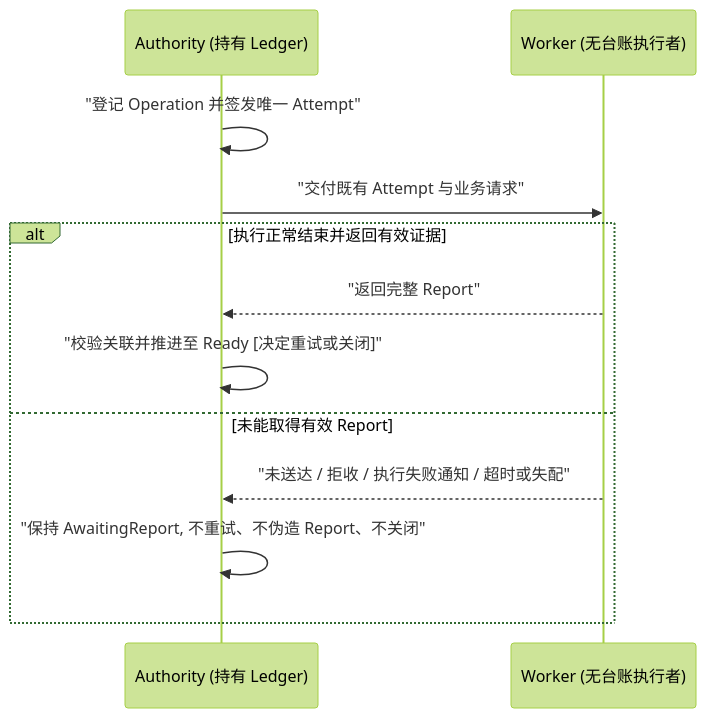
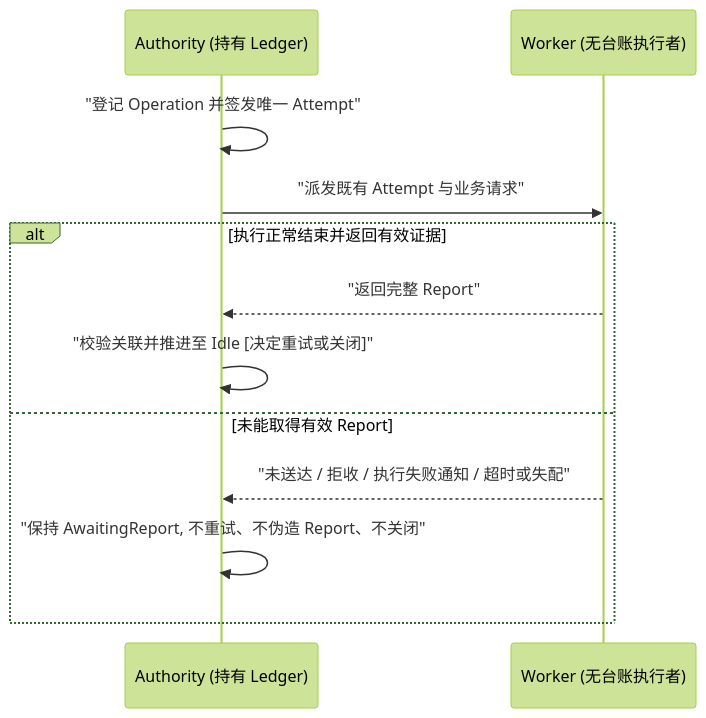
The first of 2 diagrams in spec/03-roles.md (Everfold/Beamlet), drawn with Mermaid (forest theme) before and after one commit. The commit also changed other lines of this file and 19 other files, not shown here.

````diff
--- a/spec/03-roles.md
+++ b/spec/03-roles.md
@@ -8,15 +8,15 @@
 ```mermaid
 sequenceDiagram
     participant A as Authority (持有 Ledger)
     participant W as Worker (无台账执行者)
 
     A->>A: "登记 Operation 并签发唯一 Attempt"
-    A->>W: "交付既有 Attempt 与业务请求"
+    A->>W: "派发既有 Attempt 与业务请求"
     alt 执行正常结束并返回有效证据
         W-->>A: "返回完整 Report"
-        A->>A: "校验关联并推进至 Ready [决定重试或关闭]"
+        A->>A: "校验关联并推进至 Idle [决定重试或关闭]"
     else 未能取得有效 Report
         W-->>A: "未送达 / 拒收 / 执行失败通知 / 超时或失配"
         A->>A: "保持 AwaitingReport, 不重试、不伪造 Report、不关闭"
     end
 ```
````
